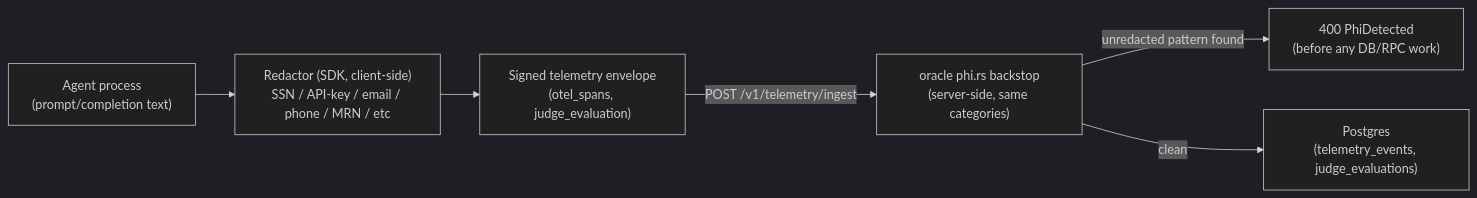
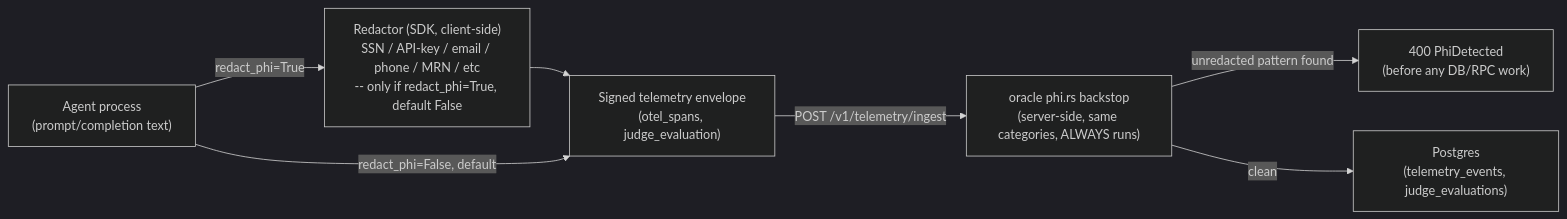
One commit to XibalbaTechSol/integrity-latest changed the diagram in docs/wiki/concepts/observability-vtl.md. Above: the diagram before and after it, drawn with Mermaid (dark theme). The commit also changed other lines of this file and 11 other files, not shown here.

````diff
--- a/docs/wiki/concepts/observability-vtl.md
+++ b/docs/wiki/concepts/observability-vtl.md
@@ -110,13 +130,15 @@
 ```mermaid
 flowchart LR
     Agent["Agent process<br/>(prompt/completion text)"]
-    Redactor["Redactor (SDK, client-side)<br/>SSN / API-key / email / phone / MRN / etc"]
+    Redactor["Redactor (SDK, client-side)<br/>SSN / API-key / email / phone / MRN / etc<br/>-- only if redact_phi=True, default False"]
     Envelope["Signed telemetry envelope<br/>(otel_spans, judge_evaluation)"]
-    PHIrs["oracle phi.rs backstop<br/>(server-side, same categories)"]
+    PHIrs["oracle phi.rs backstop<br/>(server-side, same categories, ALWAYS runs)"]
     DB["Postgres<br/>(telemetry_events, judge_evaluations)"]
     Reject["400 PhiDetected<br/>(before any DB/RPC work)"]
 
-    Agent --> Redactor --> Envelope -->|POST /v1/telemetry/ingest| PHIrs
+    Agent -->|redact_phi=True| Redactor --> Envelope
+    Agent -->|redact_phi=False, default| Envelope
+    Envelope -->|POST /v1/telemetry/ingest| PHIrs
     PHIrs -->|unredacted pattern found| Reject
     PHIrs -->|clean| DB
 ```
````
